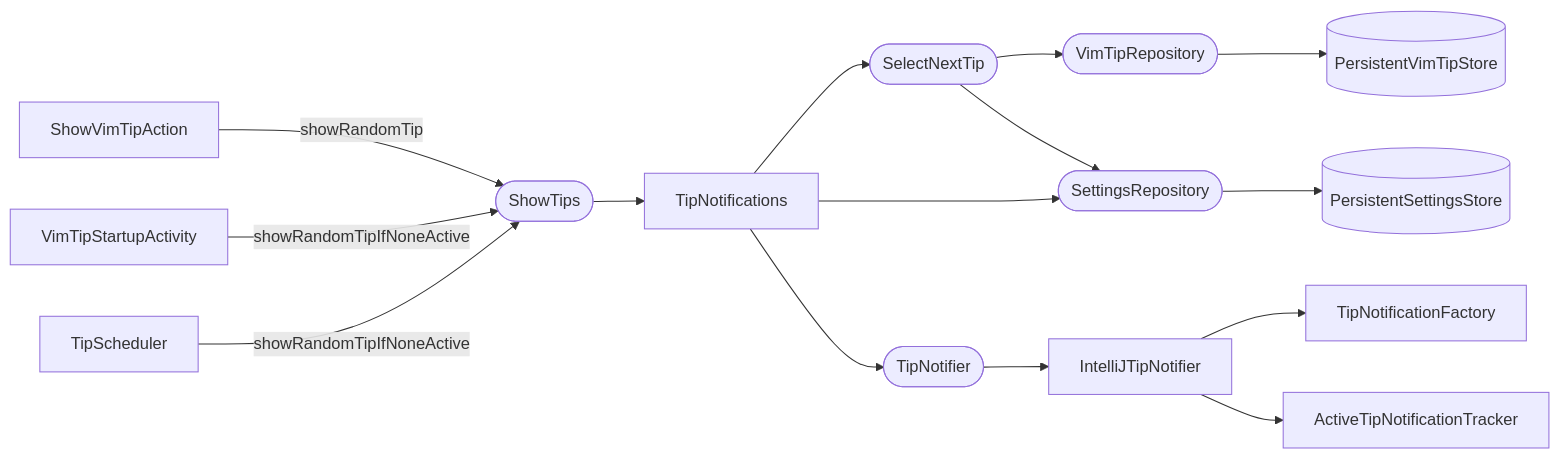
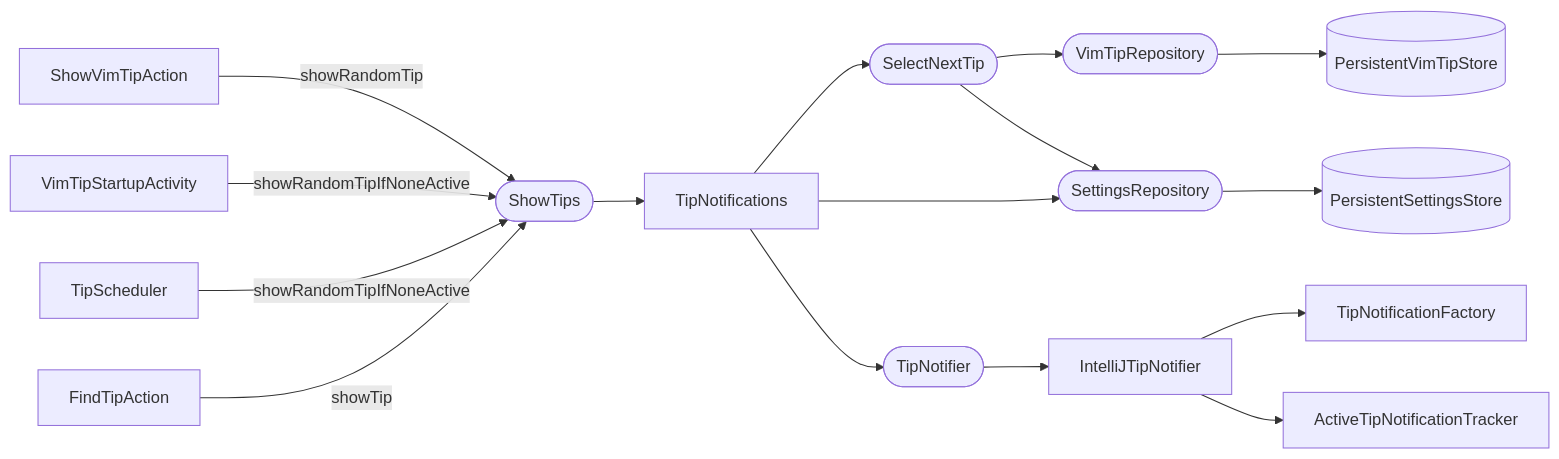
The diagram in docs/features/show-tip.md (pooryam92/vim-coach), drawn with Mermaid before and after one commit. The commit also changed other lines of this file and 22 other files, not shown here.

First line of the commit message:
Add Find Tip: a searchable popup over every tip

````diff
--- a/docs/features/show-tip.md
+++ b/docs/features/show-tip.md
@@ -7,17 +7,18 @@
 ```mermaid
 graph LR
     A1[ShowVimTipAction] -->|showRandomTip| B
     A2[VimTipStartupActivity] -->|showRandomTipIfNoneActive| B
     A3[TipScheduler] -->|showRandomTipIfNoneActive| B
+    A4[FindTipAction] -->|showTip| B
     B([ShowTips]) --> C[TipNotifications]
     C --> S([SelectNextTip])
     C --> E([SettingsRepository])
     C --> N([TipNotifier])
     N --> NA[IntelliJTipNotifier]
     NA --> F[TipNotificationFactory]
     NA --> T[ActiveTipNotificationTracker]
     S --> D([VimTipRepository])
     S --> E
     D --> G[(PersistentVimTipStore)]
     E --> H[(PersistentSettingsStore)]
 ```
````
